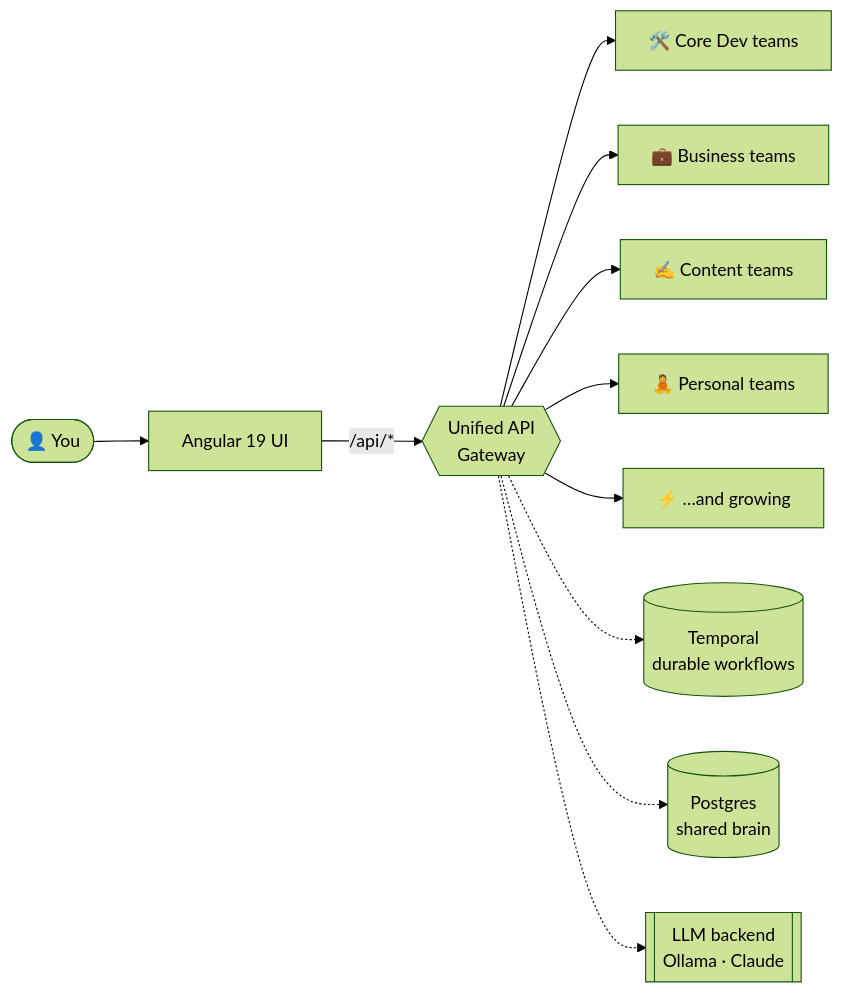
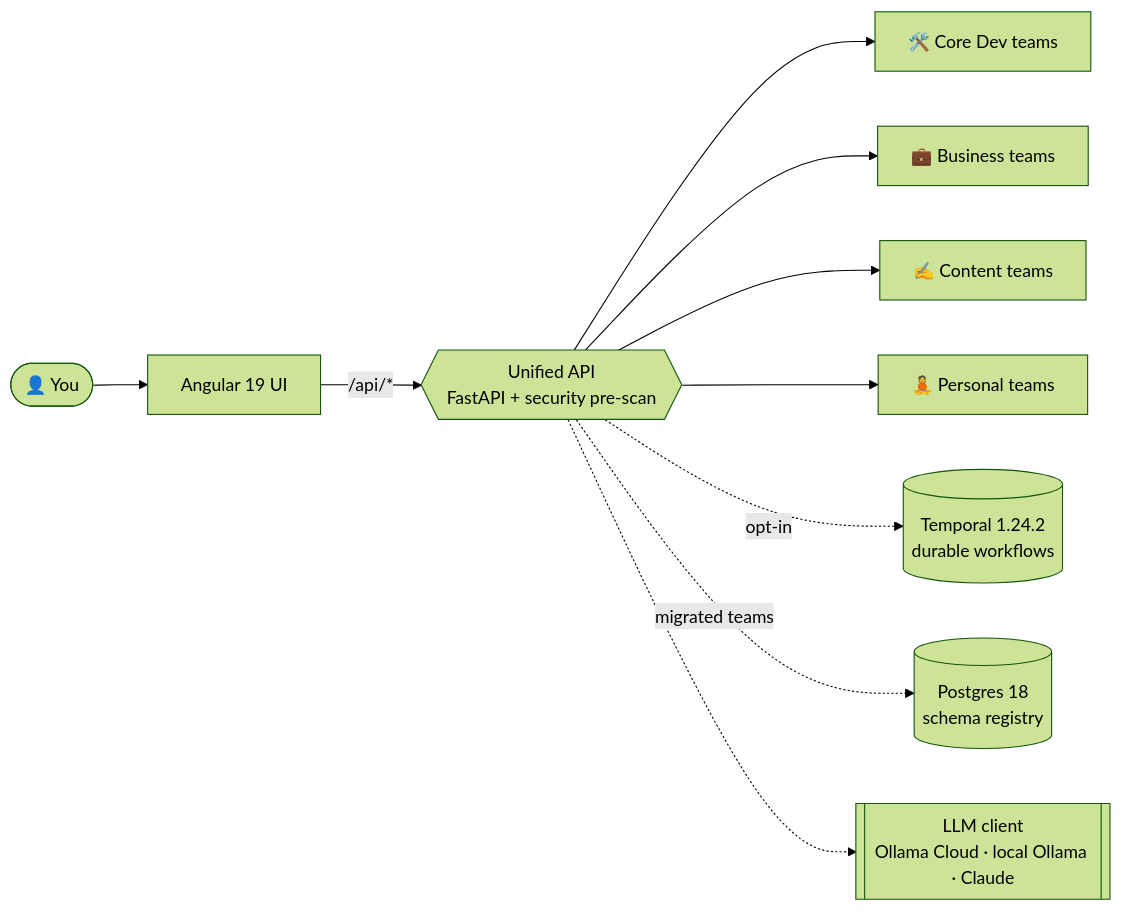
The diagram in README.md (brandonkindred/Khala-Agentic-AI-Teams), drawn with Mermaid (forest theme) before and after one commit. The commit also changed other lines of this file, not shown here.

````diff
--- a/README.md
+++ b/README.md
@@ -160,15 +168,14 @@
 ```mermaid
 flowchart LR
     User([👤 You]) --> UI[Angular 19 UI]
-    UI -->|/api/*| Gateway{{Unified API<br/>Gateway}}
+    UI -->|/api/*| Gateway{{Unified API<br/>FastAPI + security pre-scan}}
 
     Gateway --> Core[🛠️ Core Dev teams]
     Gateway --> Biz[💼 Business teams]
     Gateway --> Content[✍️ Content teams]
     Gateway --> Personal[🧘 Personal teams]
-    Gateway --> Grow[⚡ …and growing]
 
-    Gateway -.-> Temporal[(Temporal<br/>durable workflows)]
-    Gateway -.-> Postgres[(Postgres<br/>shared brain)]
-    Gateway -.-> LLM[[LLM backend<br/>Ollama · Claude]]
+    Gateway -.->|opt-in| Temporal[(Temporal 1.24.2<br/>durable workflows)]
+    Gateway -.->|migrated teams| Postgres[(Postgres 18<br/>schema registry)]
+    Gateway -.-> LLM[[LLM client<br/>Ollama Cloud · local Ollama · Claude]]
 ```
````
